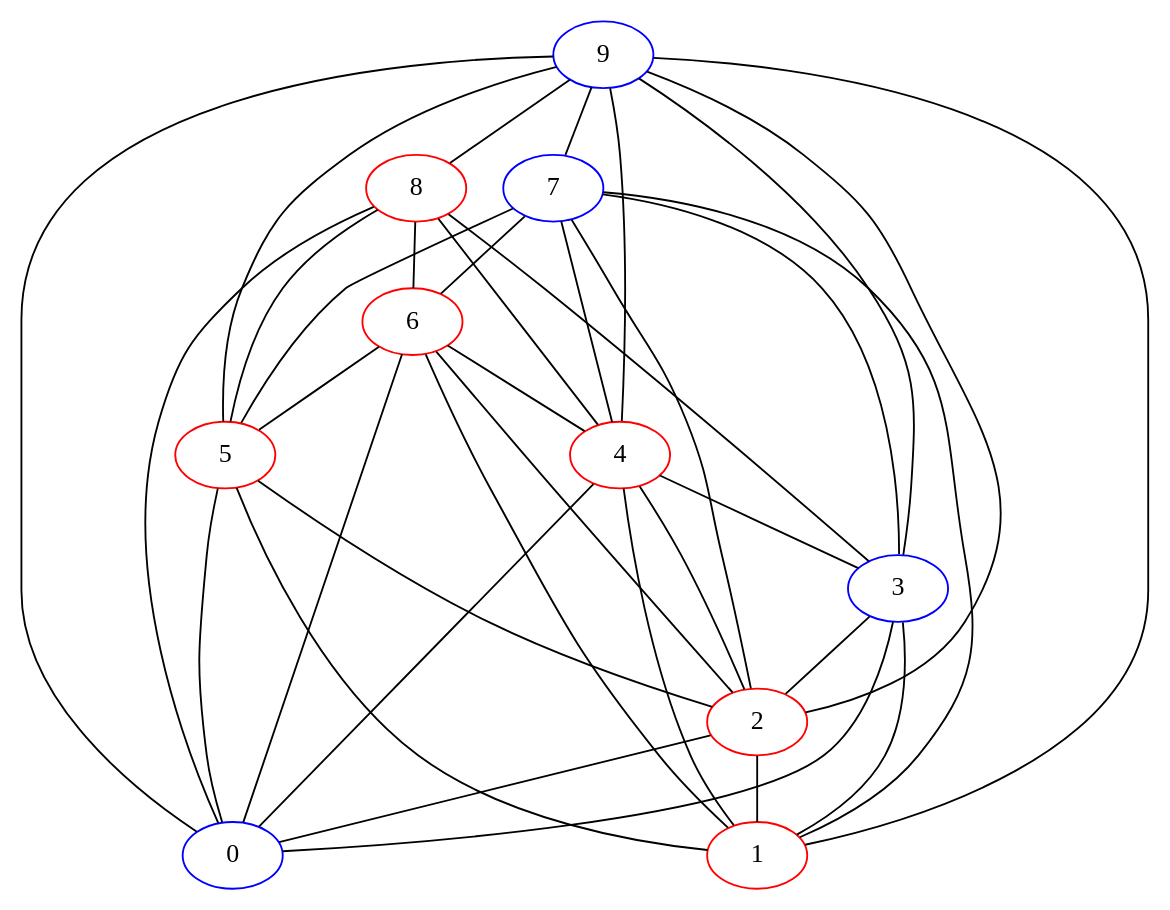
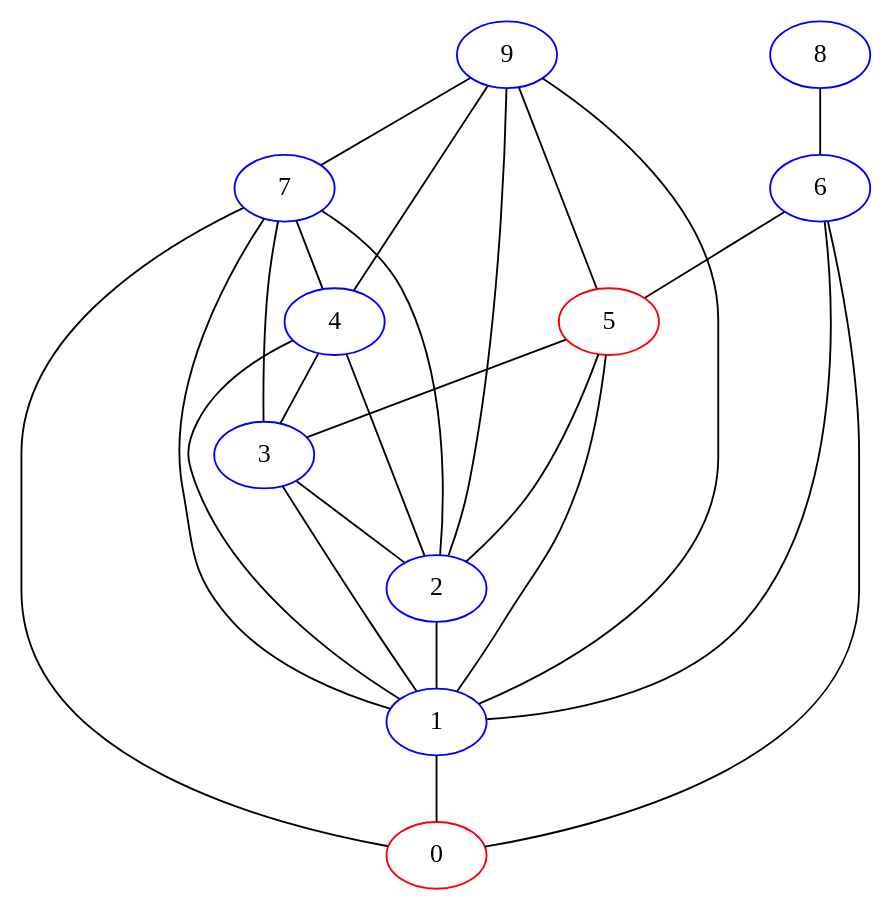
Before and after one commit to FournierBastien/Graphes: the diagram in todo.dot, drawn with Graphviz. The commit also changed 4 other files, not shown here.

```diff
--- a/todo.dot
+++ b/todo.dot
@@ -1,80 +1,68 @@
 /* Created by igraph 0.7.1 */
 graph {
   0 [
     label=0
-    color=blue
+    color=red
   ];
   1 [
     label=1
-    color=red
+    color=blue
   ];
   2 [
     label=2
-    color=red
+    color=blue
   ];
   3 [
     label=3
     color=blue
   ];
   4 [
     label=4
-    color=red
+    color=blue
   ];
   5 [
     label=5
     color=red
   ];
   6 [
     label=6
-    color=red
+    color=blue
   ];
   7 [
     label=7
     color=blue
   ];
   8 [
     label=8
-    color=red
+    color=blue
   ];
   9 [
     label=9
     color=blue
   ];
 
-  2 -- 0;
-  3 -- 0;
-  5 -- 0;
-  8 -- 0;
-  4 -- 0;
+  1 -- 0;
   6 -- 0;
-  9 -- 0;
+  7 -- 0;
   2 -- 1;
+  3 -- 1;
   4 -- 1;
   5 -- 1;
   6 -- 1;
   7 -- 1;
   9 -- 1;
-  3 -- 1;
+  3 -- 2;
   4 -- 2;
   5 -- 2;
+  7 -- 2;
   9 -- 2;
-  3 -- 2;
-  6 -- 2;
-  7 -- 2;
   4 -- 3;
+  5 -- 3;
   7 -- 3;
-  9 -- 3;
-  8 -- 3;
-  8 -- 4;
+  7 -- 4;
   9 -- 4;
-  6 -- 4;
-  7 -- 4;
   6 -- 5;
-  7 -- 5;
-  8 -- 5;
   9 -- 5;
-  7 -- 6;
   8 -- 6;
   9 -- 7;
-  9 -- 8;
 }
```
